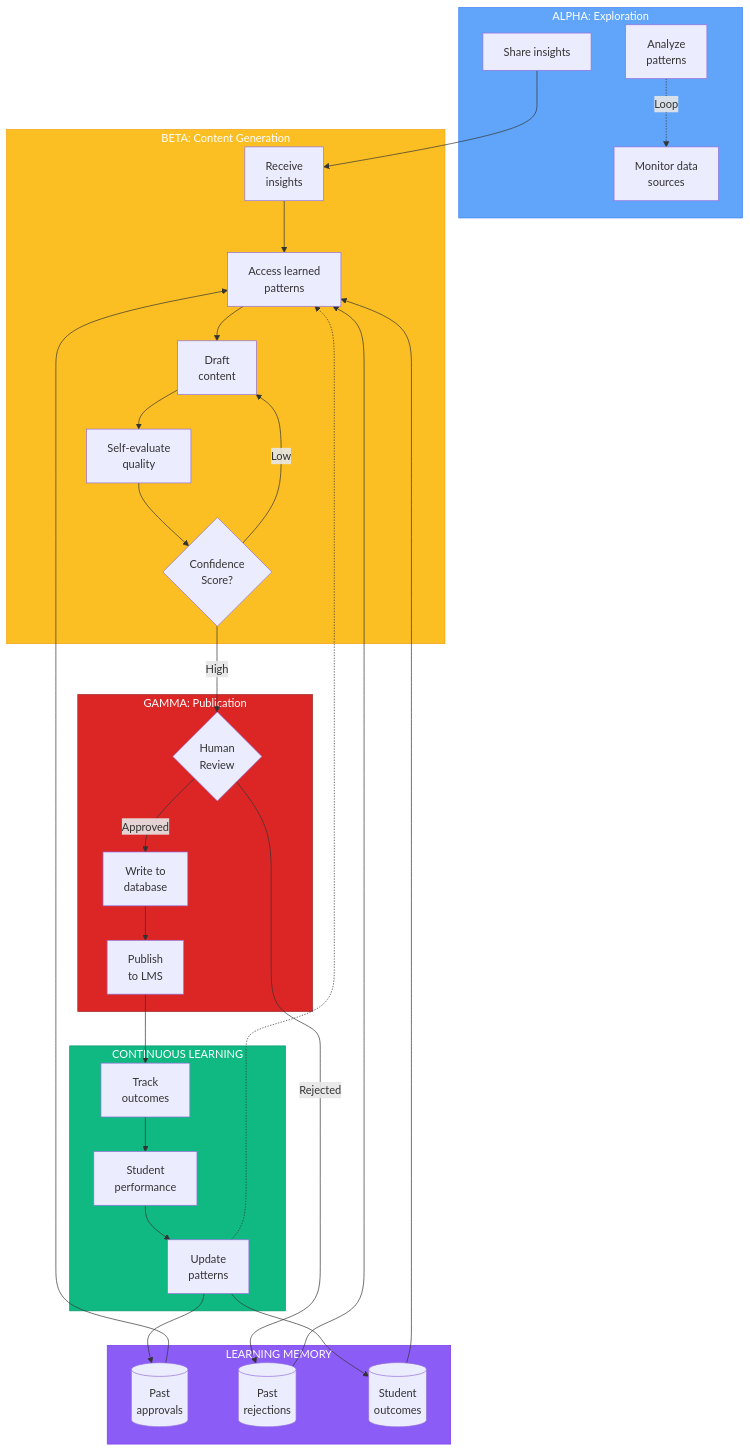
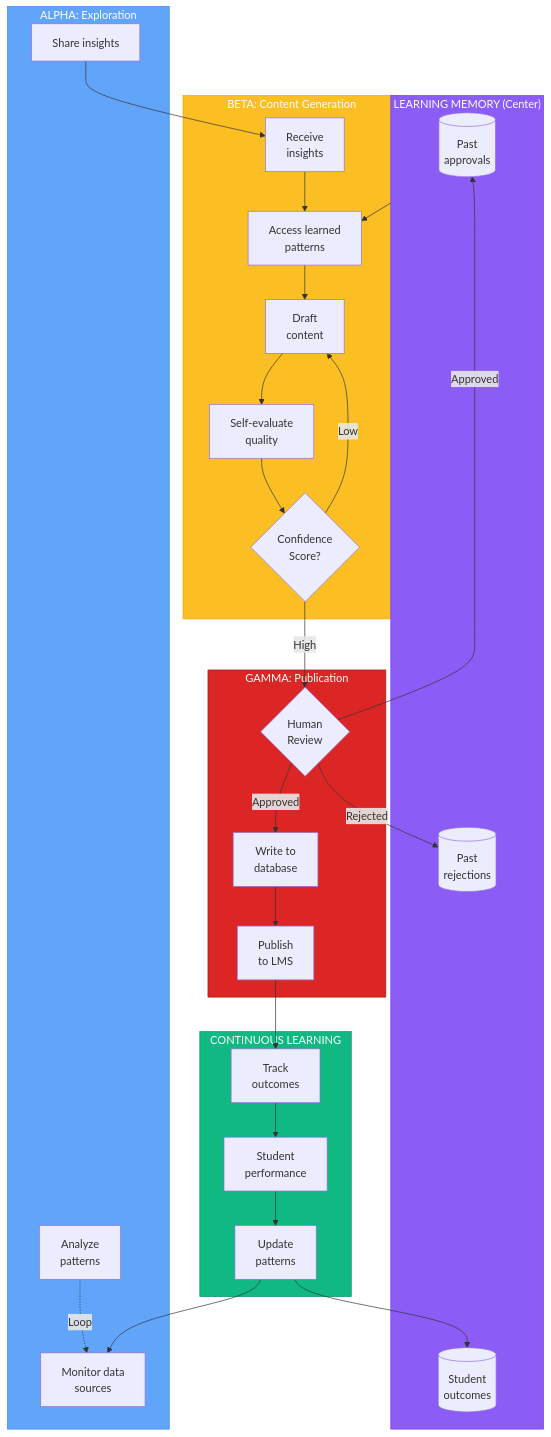
One commit to Lizo-RoadTown/Portfolio changed the second of 4 diagrams in demos/bronco-demo/architecture.md. Above: the diagram before and after it, drawn with Mermaid.

Commit message:
refactor: reorganize agent workflow diagram with learning memory at center
- Place Learning Memory in center as the central hub
- Arrange 4 agent blocks (Alpha, Beta, Gamma, Feedback) in circular flow
- Create clearer visual hierarchy: Explore → Generate → Publish → Learn → repeat
- Simplify connections to reduce diagram complexity
- All agents now clearly connect to/from central learning memory

🤖 Generated with [Claude Code](https://claude.com/claude-code)

````diff
--- a/demos/bronco-demo/architecture.md
+++ b/demos/bronco-demo/architecture.md
@@ -111,55 +111,64 @@
 ```mermaid
 flowchart TD
+    %% Central Learning Memory
+    subgraph LEARNING["LEARNING MEMORY (Center)"]
+        L1[(Past<br/>approvals)]
+        L2[(Past<br/>rejections)]
+        L3[(Student<br/>outcomes)]
+    end
+
+    %% Circle Block 1: ALPHA (Top)
     subgraph ALPHA["ALPHA: Exploration"]
         A1[Monitor data<br/>sources]
         A2[Analyze<br/>patterns]
         A3[Share insights]
     end
 
+    %% Circle Block 2: BETA (Right)
     subgraph BETA["BETA: Content Generation"]
         B1[Receive<br/>insights]
         B2[Access learned<br/>patterns]
         B3[Draft<br/>content]
         B4[Self-evaluate<br/>quality]
         B5{Confidence<br/>Score?}
     end
 
+    %% Circle Block 3: GAMMA (Bottom)
     subgraph GAMMA["GAMMA: Publication"]
         G1{Human<br/>Review}
         G2[Write to<br/>database]
         G3[Publish<br/>to LMS]
     end
 
-    subgraph LEARNING["LEARNING MEMORY"]
-        L1[(Past<br/>approvals)]
-        L2[(Past<br/>rejections)]
-        L3[(Student<br/>outcomes)]
-    end
-
+    %% Circle Block 4: FEEDBACK (Left)
     subgraph FEEDBACK["CONTINUOUS LEARNING"]
         F1[Track<br/>outcomes]
         F2[Student<br/>performance]
         F3[Update<br/>patterns]
     end
 
-    %% Circular flow
+    %% Circular flow between the 4 blocks
     A3 --> B1
-    L1 --> B2
-    L2 --> B2
-    L3 --> B2
+    A2 -.->|Loop| A1
+
     B1 --> B2 --> B3 --> B4 --> B5
     B5 -- High --> G1
     B5 -- Low --> B3
-    G1 -- Approved --> G2 --> G3 --> F1 --> F2 --> F3 --> L1
+
+    G1 -- Approved --> G2 --> G3 --> F1
+
+    F1 --> F2 --> F3 --> A1
+
+    %% All blocks connect to/from central LEARNING MEMORY
+    LEARNING --> B2
+    G1 -- Approved --> L1
     G1 -- Rejected --> L2
     F3 --> L3
-    F3 -.-> B2
-    A2 -.->|Loop| A1
 
     %% Style (preserved from original)
     style ALPHA fill:#60a5fa,stroke:#3b82f6,color:#fff
     style BETA fill:#fbbf24,stroke:#f59e0b,color:#fff
     style LEARNING fill:#8b5cf6,stroke:#7c3aed,color:#fff
     style GAMMA fill:#dc2626,stroke:#991b1b,color:#fff
     style FEEDBACK fill:#10b981,stroke:#059669,color:#fff
 ```
````
